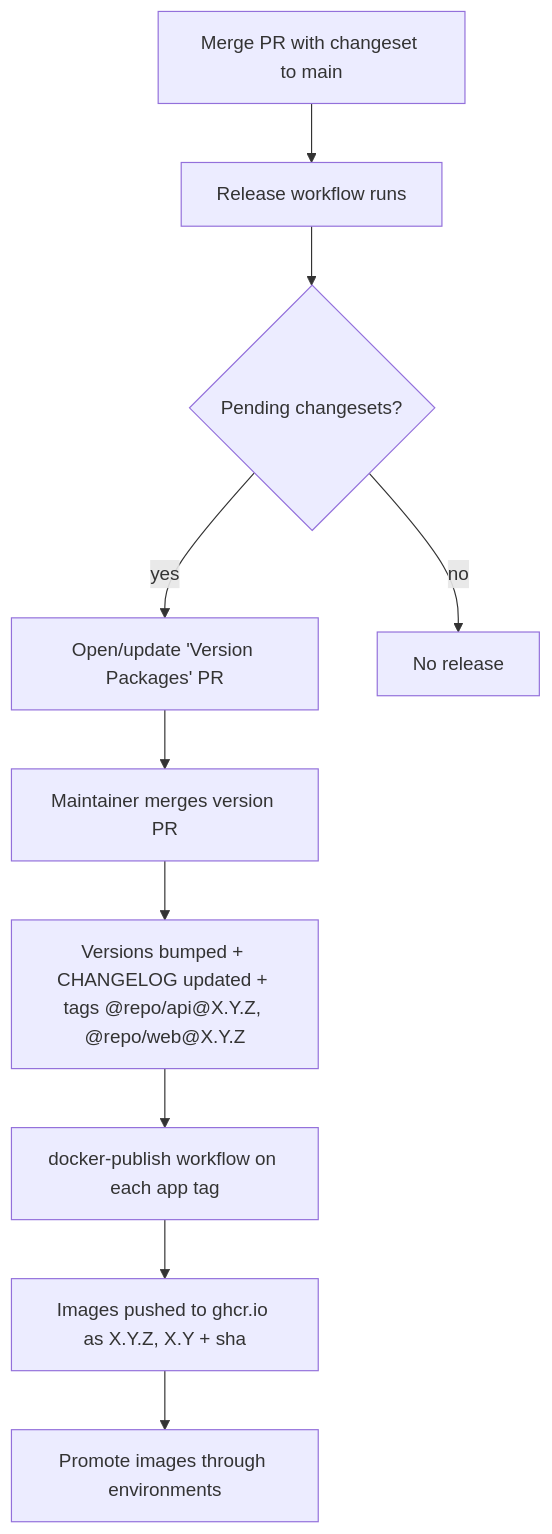
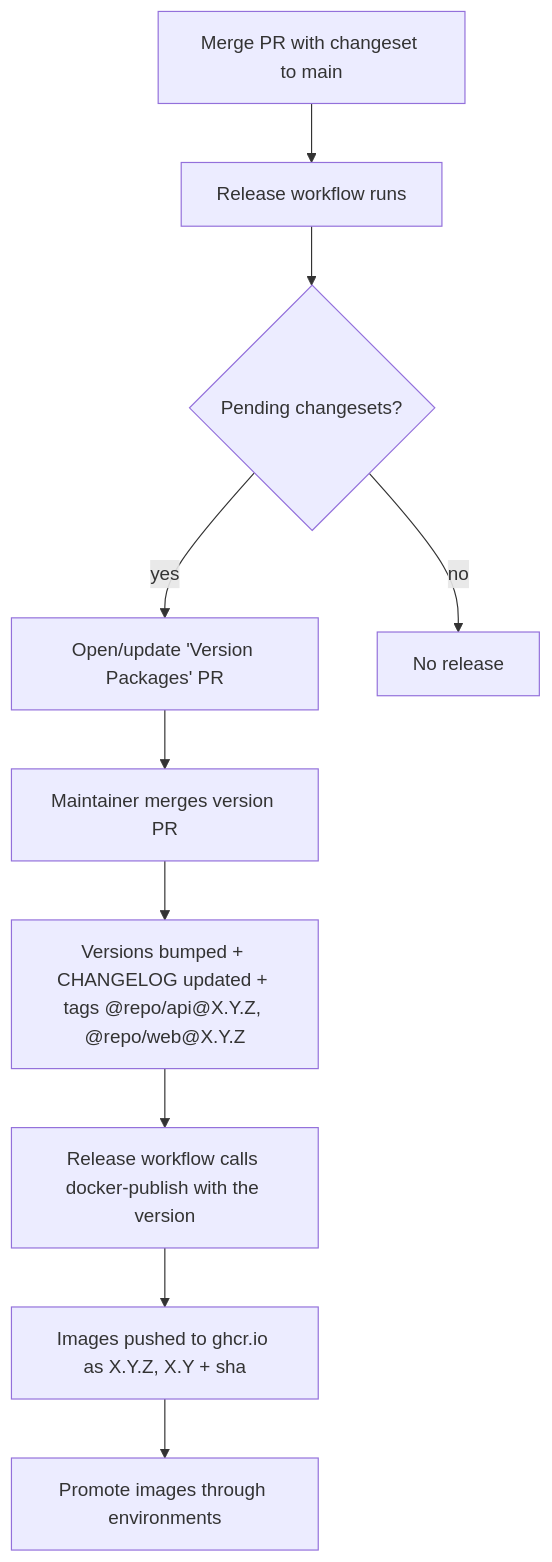
One commit to HuttonHomeHub/WorkHub changed the first of 2 diagrams in docs/DEPLOYMENT.md. Above: the diagram before and after it, drawn with Mermaid. The commit also changed other lines of this file and 19 other files, not shown here.

````diff
--- a/docs/DEPLOYMENT.md
+++ b/docs/DEPLOYMENT.md
@@ -9,12 +9,12 @@
 ```mermaid
 flowchart TD
   A[Merge PR with changeset to main] --> B[Release workflow runs]
   B --> C{Pending changesets?}
   C -- yes --> D[Open/update 'Version Packages' PR]
   D --> E[Maintainer merges version PR]
   E --> F[Versions bumped + CHANGELOG updated + tags @repo/api@X.Y.Z, @repo/web@X.Y.Z]
-  F --> G[docker-publish workflow on each app tag]
+  F --> G[Release workflow calls docker-publish with the version]
   G --> H[Images pushed to ghcr.io as X.Y.Z, X.Y + sha]
   H --> I[Promote images through environments]
   C -- no --> J[No release]
 ```
````
